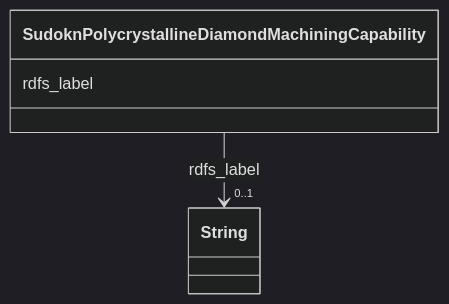
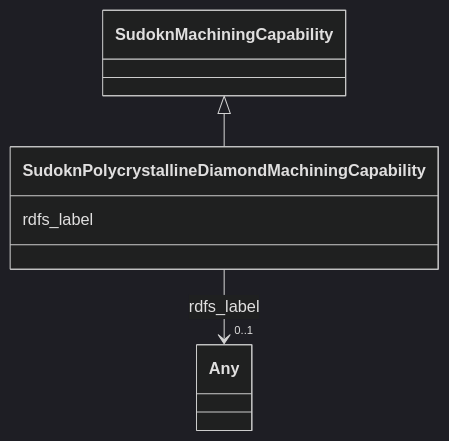
Before and after one commit to frink-okn/graph-descriptions: the diagram in sudokn-kg/classes/SudoknPolycrystallineDiamondMachiningCapability.md, drawn with Mermaid (dark theme). The commit also changed other lines of this file and 903 other files, not shown here.

````diff
--- a/sudokn-kg/classes/SudoknPolycrystallineDiamondMachiningCapability.md
+++ b/sudokn-kg/classes/SudoknPolycrystallineDiamondMachiningCapability.md
@@ -23,15 +18,18 @@
 ```mermaid
  classDiagram
     class SudoknPolycrystallineDiamondMachiningCapability
     click SudoknPolycrystallineDiamondMachiningCapability href "../SudoknPolycrystallineDiamondMachiningCapability"
+      SudoknMachiningCapability <|-- SudoknPolycrystallineDiamondMachiningCapability
+        click SudoknMachiningCapability href "../SudoknMachiningCapability"
+      
       SudoknPolycrystallineDiamondMachiningCapability : rdfs_label
         
           
     
     
-    SudoknPolycrystallineDiamondMachiningCapability --> "0..1" String : rdfs_label
-    click String href "../String"
+    SudoknPolycrystallineDiamondMachiningCapability --> "0..1" Any : rdfs_label
+    click Any href "../Any"
 
         
       
 ```
````
